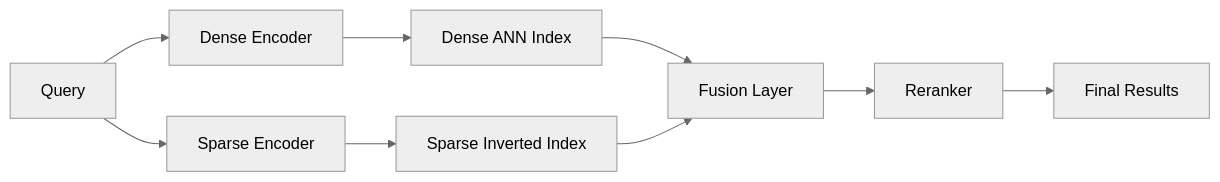
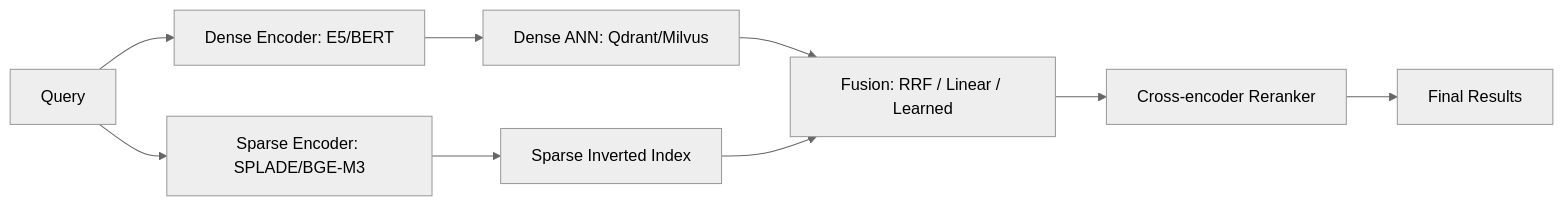
The first of 3 diagrams in SW-ML-AI Engineering/10 - Cloud, Infra y Backend/33 - Vector Databases and Semantic Search/10 - Advanced Patterns and Observability.md (Leito2/Learning), drawn with Mermaid (neutral theme) before and after one commit. The commit also changed other lines of this file and 123 other files, not shown here.

````diff
--- a/SW-ML-AI Engineering/10 - Cloud, Infra y Backend/33 - Vector Databases and Semantic Search/10 - Advanced Patterns and Observability.md
+++ b/SW-ML-AI Engineering/10 - Cloud, Infra y Backend/33 - Vector Databases and Semantic Search/10 - Advanced Patterns and Observability.md
@@ -122,11 +90,11 @@
 ```mermaid
 flowchart LR
-    Q[Query] --> DE[Dense Encoder]
-    Q --> SE[Sparse Encoder]
-    DE --> DANN[Dense ANN Index]
+    Q[Query] --> DE[Dense Encoder: E5/BERT]
+    Q --> SE[Sparse Encoder: SPLADE/BGE-M3]
+    DE --> DANN[Dense ANN: Qdrant/Milvus]
     SE --> SANN[Sparse Inverted Index]
-    DANN --> F[Fusion Layer]
+    DANN --> F[Fusion: RRF / Linear / Learned]
     SANN --> F
-    F --> R[Reranker]
+    F --> R[Cross-encoder Reranker]
     R --> Out[Final Results]
 ```
````
